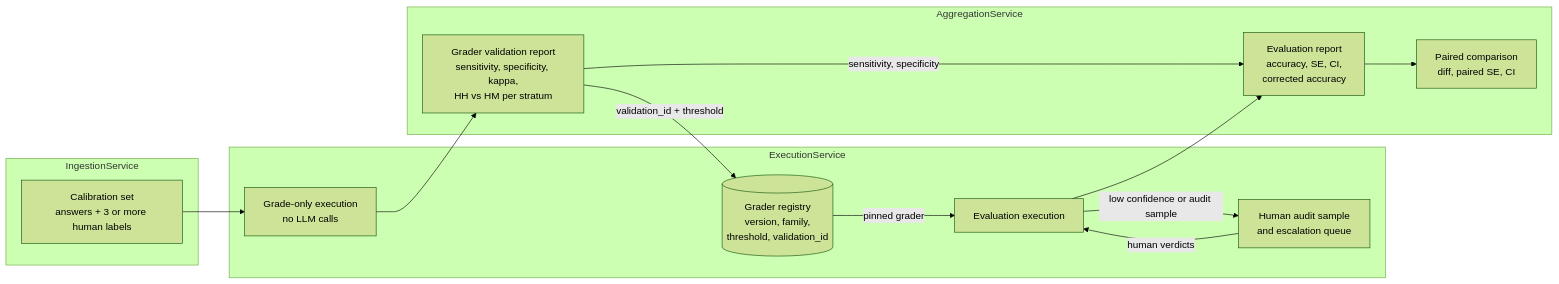
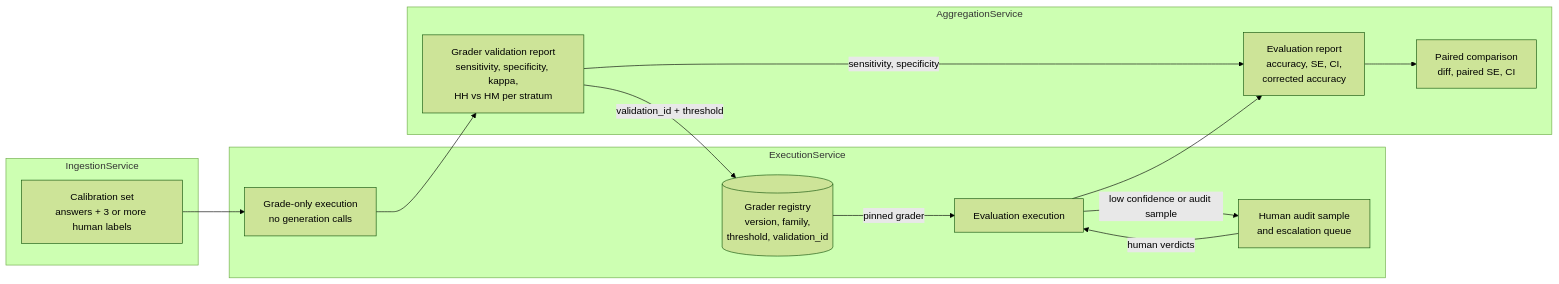
Before and after one commit to mrityunjaykumar911/mrityunjaykumar911.github.io: the fifth of 5 diagrams in src/data/studies/eval-pipeline.md, drawn with Mermaid (forest theme). The commit also changed other lines of this file and 7 other files, not shown here.

````diff
--- a/src/data/studies/eval-pipeline.md
+++ b/src/data/studies/eval-pipeline.md
@@ -584,26 +584,26 @@
 ```mermaid
 flowchart LR
     subgraph ING["IngestionService"]
         CALSET[Calibration set<br/>answers + 3 or more human labels]
     end
     subgraph EXE["ExecutionService"]
-        GO[Grade-only execution<br/>no LLM calls]
+        GO[Grade-only execution<br/>no generation calls]
         REG[(Grader registry<br/>version, family,<br/>threshold, validation_id)]
         RUN[Evaluation execution]
         AUD[Human audit sample<br/>and escalation queue]
     end
     subgraph AGG["AggregationService"]
         VAL[Grader validation report<br/>sensitivity, specificity, kappa,<br/>HH vs HM per stratum]
         REP[Evaluation report<br/>accuracy, SE, CI,<br/>corrected accuracy]
         CMP[Paired comparison<br/>diff, paired SE, CI]
     end
 
     CALSET --> GO --> VAL
     VAL -->|validation_id + threshold| REG
     REG -->|pinned grader| RUN
     RUN -->|low confidence or audit sample| AUD
     AUD -->|human verdicts| RUN
     RUN --> REP
     VAL -->|sensitivity, specificity| REP
     REP --> CMP
 ```
````
